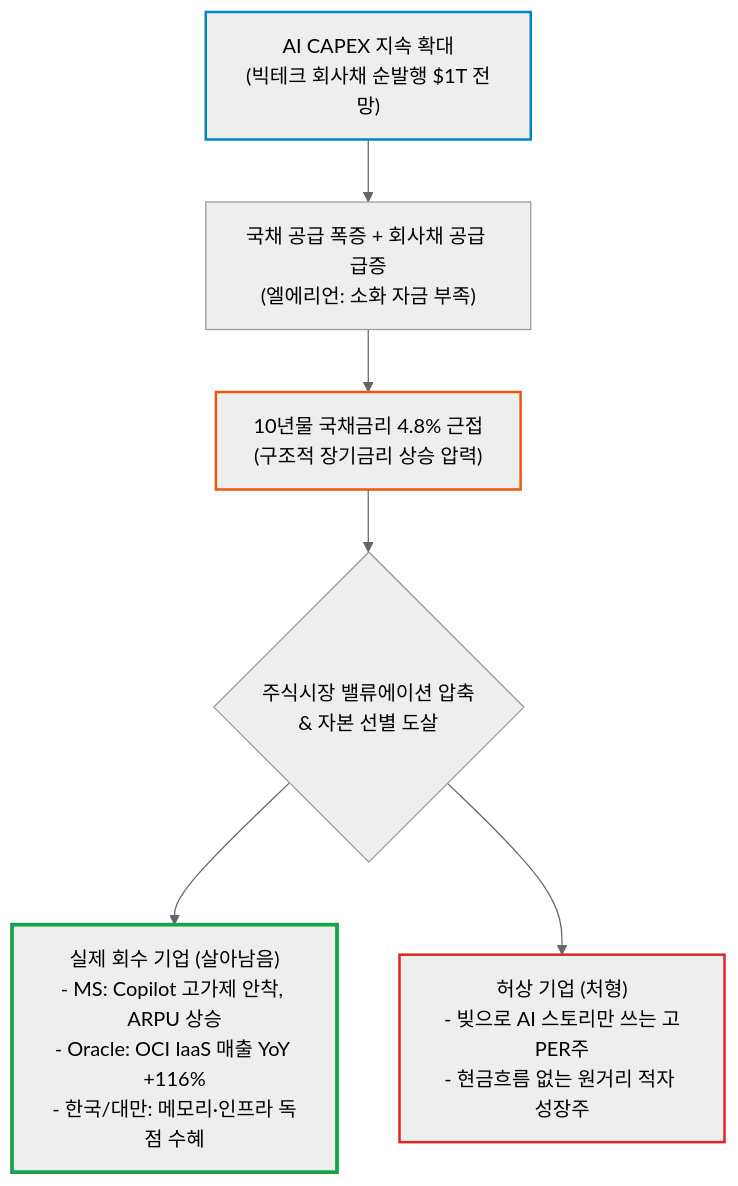
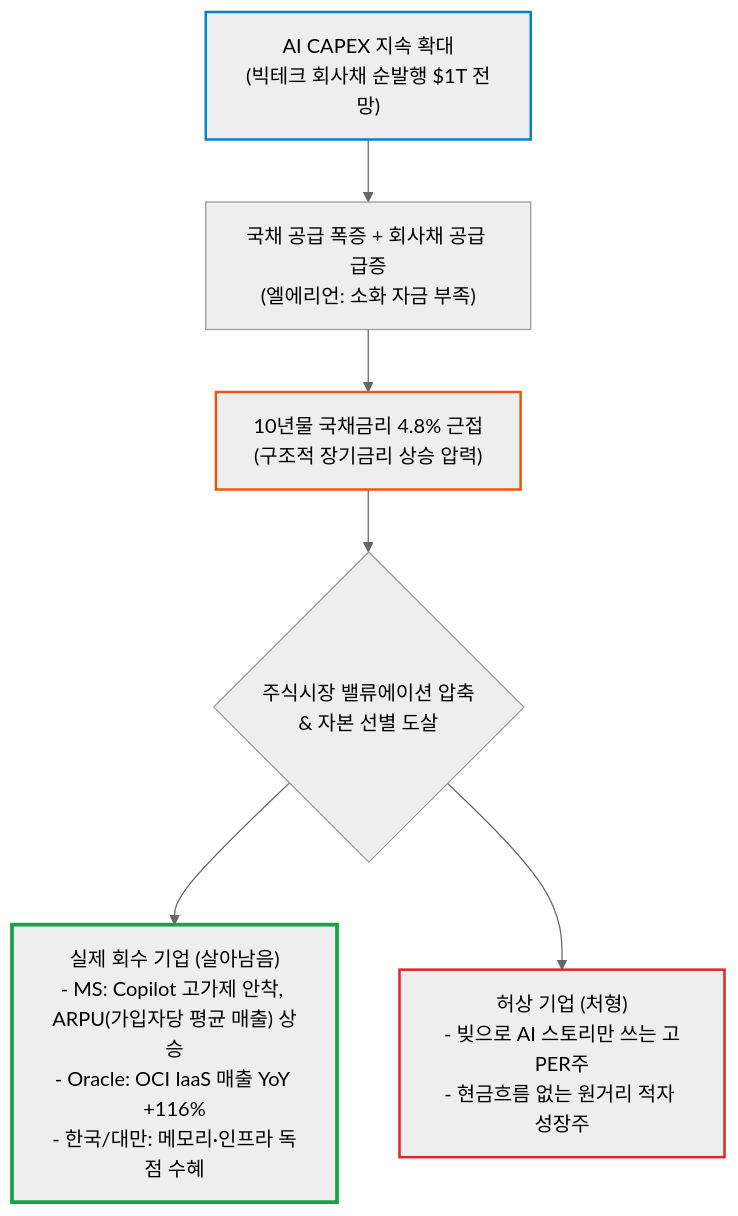
Before and after one commit to ju-sic/ju-sic.github.io: the diagram in docs/news/2026/09/08.md, drawn with Mermaid (neutral theme). The commit also changed other lines of this file, not shown here.

````diff
--- a/docs/news/2026/09/08.md
+++ b/docs/news/2026/09/08.md
@@ -30,13 +30,13 @@
 ```mermaid
 flowchart TD
     Capex["AI CAPEX 지속 확대<br>(빅테크 회사채 순발행 $1T 전망)"] --> Supply["국채 공급 폭증 + 회사채 공급 급증<br>(엘에리언: 소화 자금 부족)"]
     Supply --> Rates["10년물 국채금리 4.8% 근접<br>(구조적 장기금리 상승 압력)"]
     Rates --> Filter{"주식시장 밸류에이션 압축<br>& 자본 선별 도살"}
-    Filter --> Winners["실제 회수 기업 (살아남음)<br>- MS: Copilot 고가제 안착, ARPU 상승<br>- Oracle: OCI IaaS 매출 YoY +116%<br>- 한국/대만: 메모리·인프라 독점 수혜"]
+    Filter --> Winners["실제 회수 기업 (살아남음)<br>- MS: Copilot 고가제 안착, ARPU(가입자당 평균 매출) 상승<br>- Oracle: OCI IaaS 매출 YoY +116%<br>- 한국/대만: 메모리·인프라 독점 수혜"]
     Filter --> Losers["허상 기업 (처형)<br>- 빚으로 AI 스토리만 쓰는 고PER주<br>- 현금흐름 없는 원거리 적자 성장주"]
 
     style Capex stroke:#0284c7,stroke-width:2px
     style Rates stroke:#ea580c,stroke-width:2px
     style Winners stroke:#16a34a,stroke-width:3px
     style Losers stroke:#dc2626,stroke-width:2px
 ```
````
